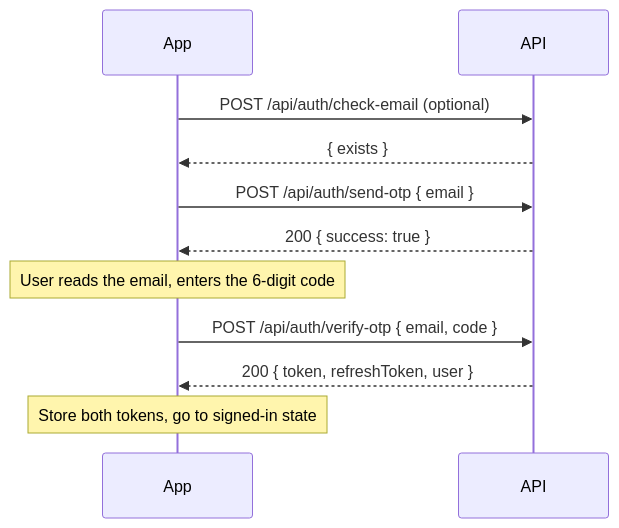
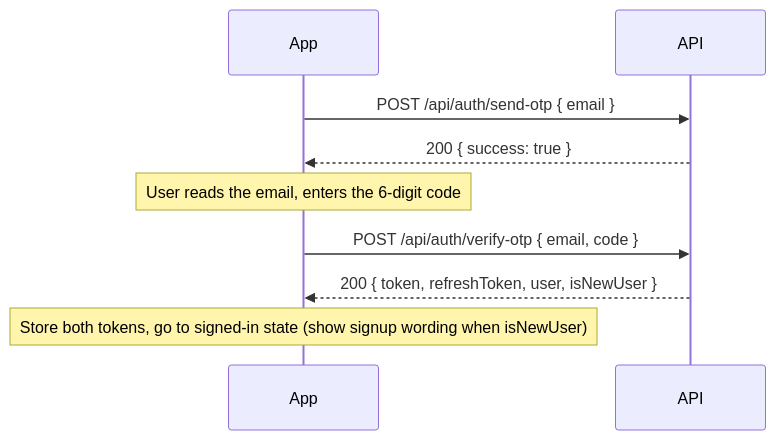
One commit to vomatt/vomatt-api changed the first of 5 diagrams in docs/frontend/auth-flow.md. Above: the diagram before and after it, drawn with Mermaid. The commit also changed other lines of this file and 10 other files, not shown here.

First line of the commit message:
feat(auth)!: 移除 check-email，登入回應加 isNewUser

````diff
--- a/docs/frontend/auth-flow.md
+++ b/docs/frontend/auth-flow.md
@@ -26,13 +26,11 @@
 ```mermaid
 sequenceDiagram
     participant App
     participant API
-    App->>API: POST /api/auth/check-email (optional)
-    API-->>App: { exists }
     App->>API: POST /api/auth/send-otp { email }
     API-->>App: 200 { success: true }
     Note over App: User reads the email, enters the 6-digit code
     App->>API: POST /api/auth/verify-otp { email, code }
-    API-->>App: 200 { token, refreshToken, user }
-    Note over App: Store both tokens, go to signed-in state
+    API-->>App: 200 { token, refreshToken, user, isNewUser }
+    Note over App: Store both tokens, go to signed-in state (show signup wording when isNewUser)
 ```
````
